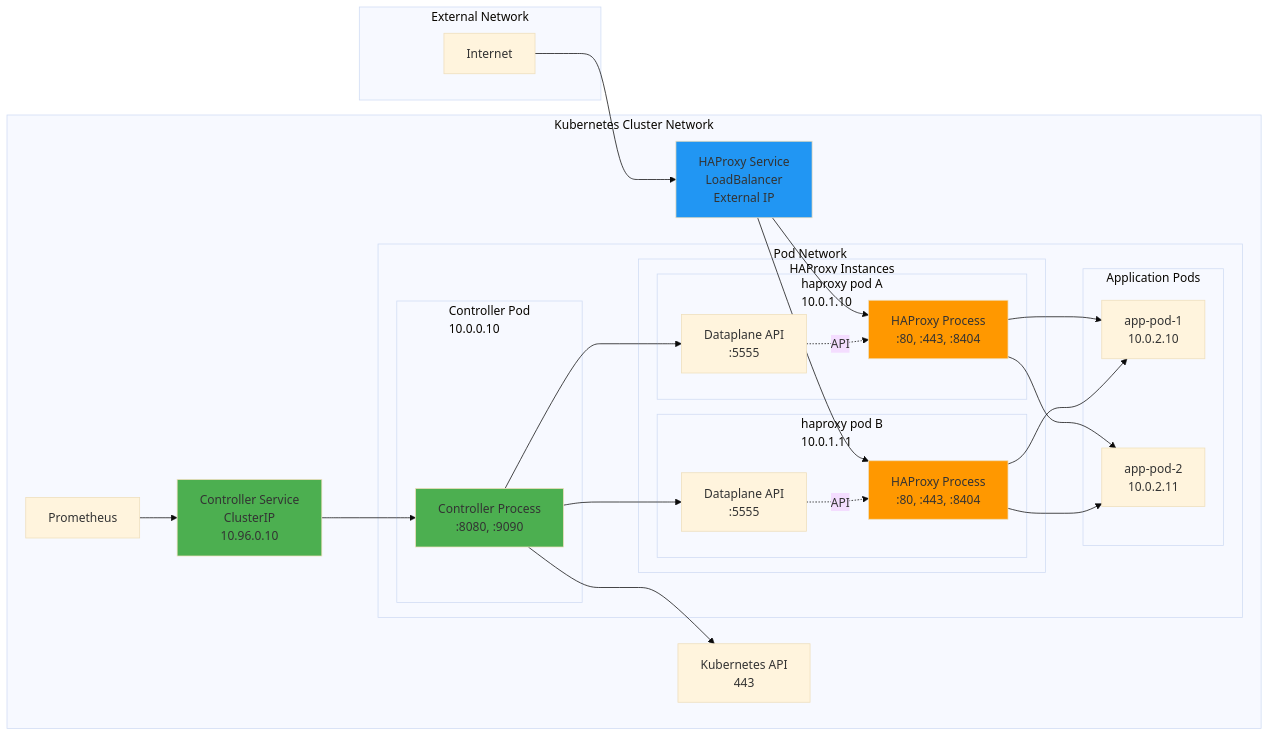
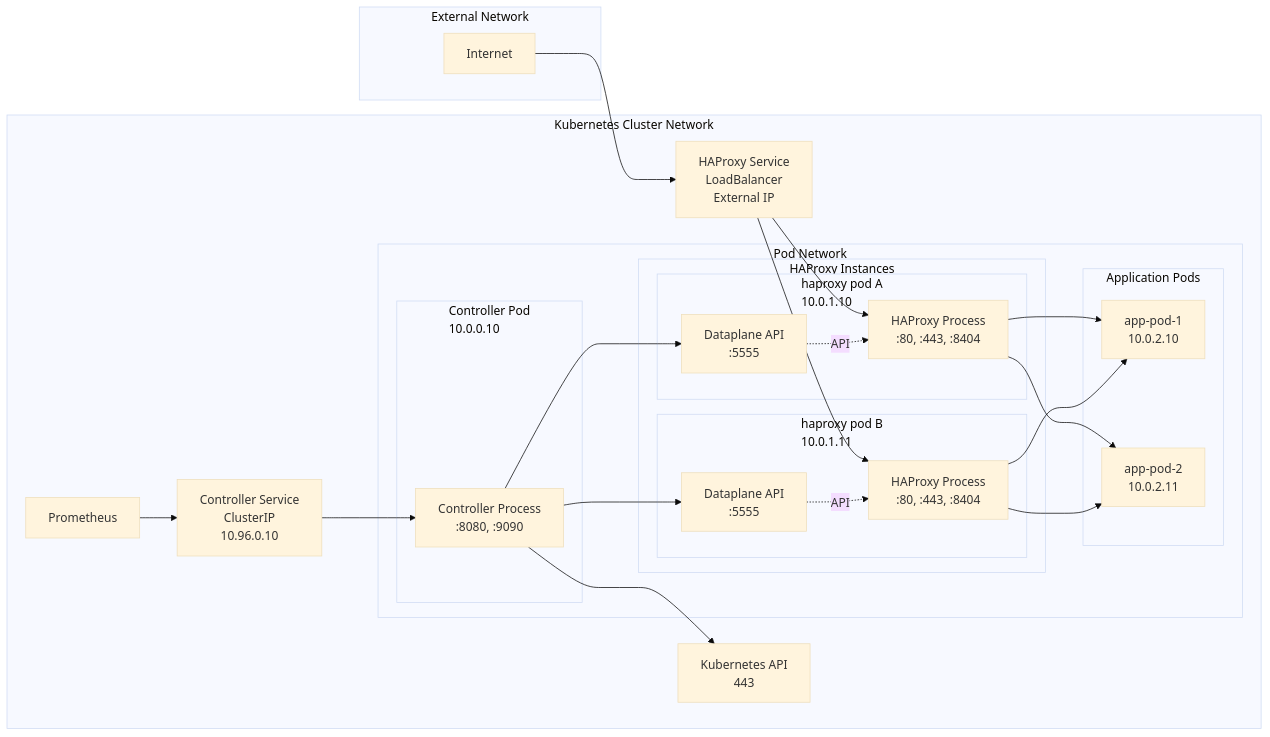
Before and after one commit to HAProxy-Template-IC/haproxy-template-ingress-controller: the third of 3 diagrams in docs/site/docs/development/design/deployment.md, drawn with Mermaid (base theme). The commit also changed other lines of this file and 6 other files, not shown here.

Commit message:
docs: page-polish pass — theme-native mermaid, table code wrapping, validation-claim sweep, broken-diagram repair

````diff
--- a/docs/site/docs/development/design/deployment.md
+++ b/docs/site/docs/development/design/deployment.md
@@ -138,62 +130,57 @@
 ```mermaid
 graph LR
     subgraph "External Network"
         INET[Internet]
     end
 
     subgraph "Kubernetes Cluster Network"
         HAP_LB[HAProxy Service<br/>LoadBalancer<br/>External IP]
         CTRL_SVC_NET[Controller Service<br/>ClusterIP<br/>10.96.0.10]
 
         subgraph "Pod Network"
             subgraph "Controller Pod<br/>10.0.0.10"
                 CTRL[Controller Process<br/>:8080, :9090]
             end
 
             subgraph "HAProxy Instances"
                 subgraph "haproxy pod A<br/>10.0.1.10"
                     HAP1[HAProxy Process<br/>:80, :443, :8404]
                     DP1[Dataplane API<br/>:5555]
                 end
 
                 subgraph "haproxy pod B<br/>10.0.1.11"
                     HAP2[HAProxy Process<br/>:80, :443, :8404]
                     DP2[Dataplane API<br/>:5555]
                 end
             end
 
             subgraph "Application Pods"
                 APP1[app-pod-1<br/>10.0.2.10]
                 APP2[app-pod-2<br/>10.0.2.11]
             end
         end
 
         KUBE_API[Kubernetes API<br/>443]
         PROM_NET[Prometheus]
     end
 
     INET --> HAP_LB
     HAP_LB --> HAP1
     HAP_LB --> HAP2
 
     CTRL_SVC_NET --> CTRL
     PROM_NET --> CTRL_SVC_NET
 
     CTRL --> KUBE_API
     CTRL --> DP1
     CTRL --> DP2
 
     HAP1 --> APP1
     HAP1 --> APP2
     HAP2 --> APP1
     HAP2 --> APP2
 
     DP1 -.API.-> HAP1
     DP2 -.API.-> HAP2
 
-    style CTRL fill:#4CAF50
-    style HAP1 fill:#FF9800
-    style HAP2 fill:#FF9800
-    style HAP_LB fill:#2196F3
-    style CTRL_SVC_NET fill:#4CAF50
 ```
````
